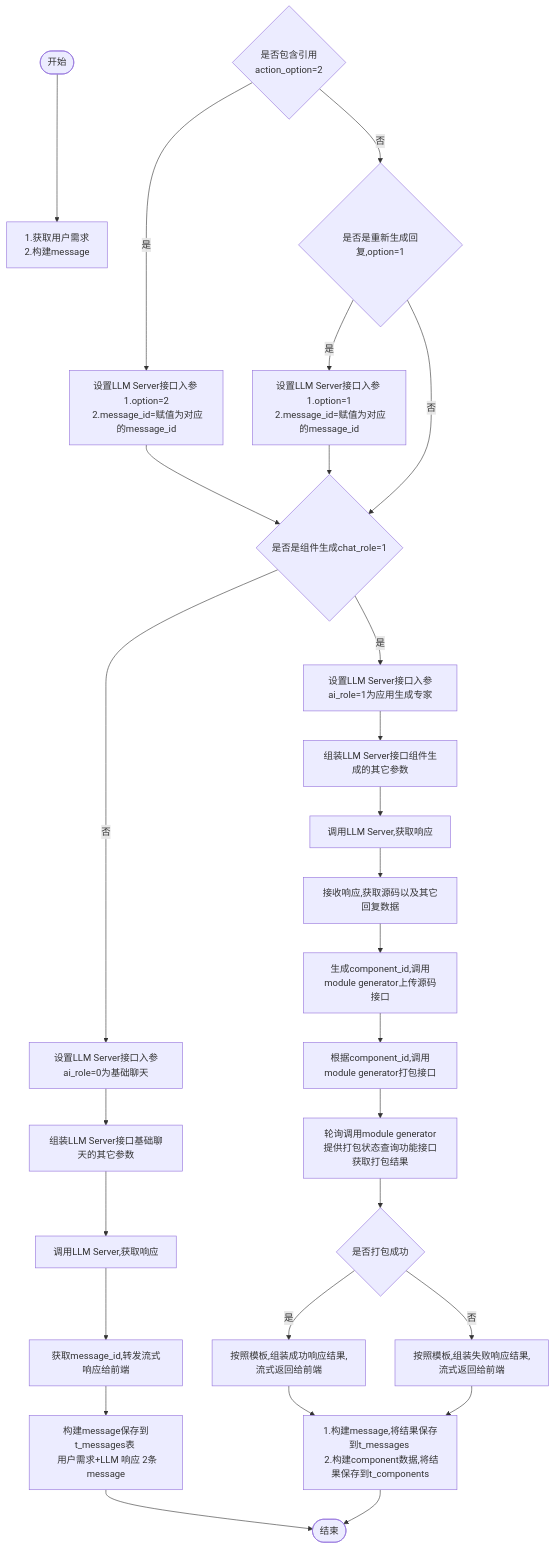
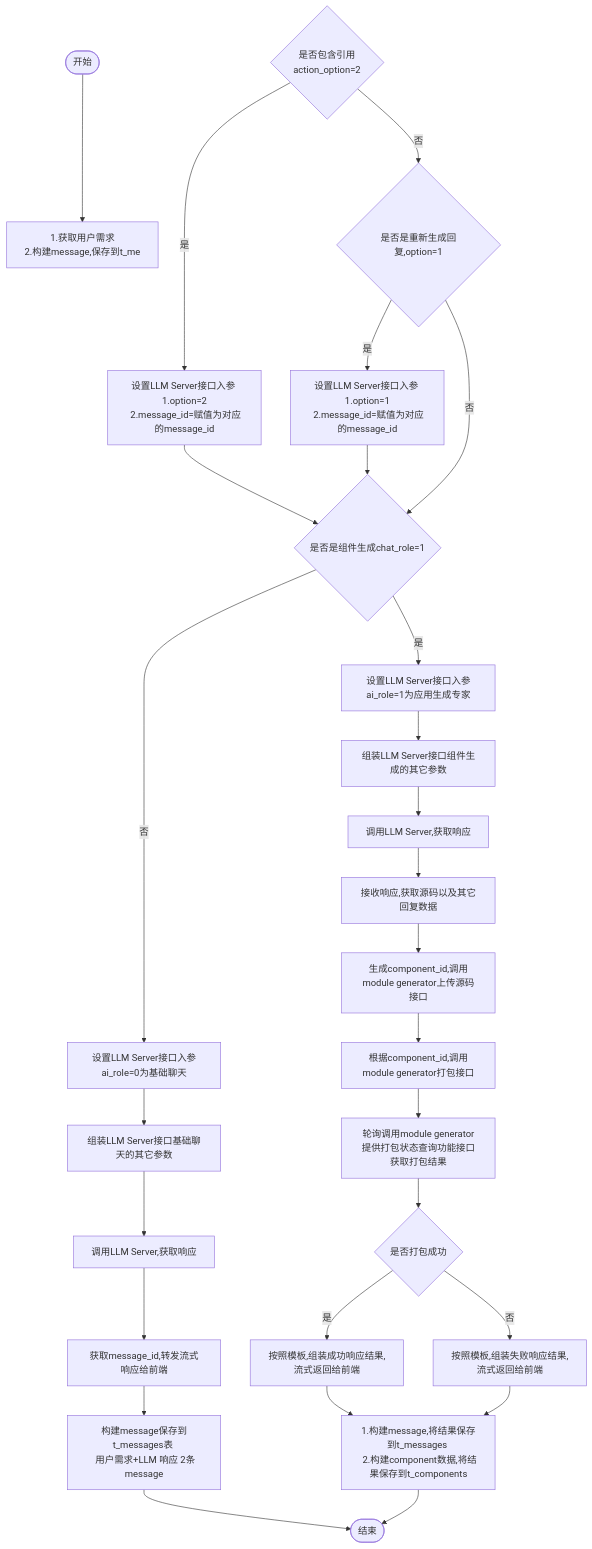
Before and after one commit to yingjianzh/iodraw-files: the diagram in all/w3-会话-不需要传递message.md, drawn with Mermaid.

Commit message:
2024-10-15 14:18:50 update

````diff
--- a/all/w3-会话-不需要传递message.md
+++ b/all/w3-会话-不需要传递message.md
@@ -1,34 +1,34 @@
 ```mermaid
 flowchart TD
-    A([开始]) --> B[1.获取用户需求 \n 2.构建message]
+    A([开始]) --> B[1.获取用户需求 \n 2.构建message,保存到t_me]
     D{是否包含引用 \n action_option=2}
     D -- 是 --> E[设置LLM Server接口入参 \n 1.option=2 \n 2.message_id=赋值为对应的message_id]
     D -- 否 --> F{是否是重新生成回复,option=1}
     F -- 是 --> G[设置LLM Server接口入参 \n 1.option=1 \n 2.message_id=赋值为对应的message_id]
     F -- 否 --> I
      
     E & G --> I{是否是组件生成chat_role=1}
     I -- 否 --> K[设置LLM Server接口入参ai_role=0为基础聊天]
     I -- 是 --> J[设置LLM Server接口入参ai_role=1为应用生成专家]
     
 
     J --> L[组装LLM Server接口组件生成的其它参数]    
     K --> M[组装LLM Server接口基础聊天的其它参数]    
     M --> N[调用LLM Server,获取响应]    
     N --> O[获取message_id,转发流式响应给前端]
     O --> P[构建message保存到t_messages表 \n 用户需求+LLM 响应 2条message]
     P --> R([结束])
 
 
     L --> S[调用LLM Server,获取响应]
     S --> T[接收响应,获取源码以及其它回复数据]
     T --> U[生成component_id,调用module generator上传源码接口]
     U --> V[根据component_id,调用module generator打包接口]
     V --> W[轮询调用module generator提供打包状态查询功能接口获取打包结果]
     W --> X{是否打包成功}
     X -- 是 --> Y[按照模板,组装成功响应结果,流式返回给前端]
     X -- 否 --> Z[按照模板,组装失败响应结果,流式返回给前端]
 
     Y & Z --> Result[1.构建message,将结果保存到t_messages \n 2.构建component数据,将结果保存到t_components]
     Result --> R
 ```
````
